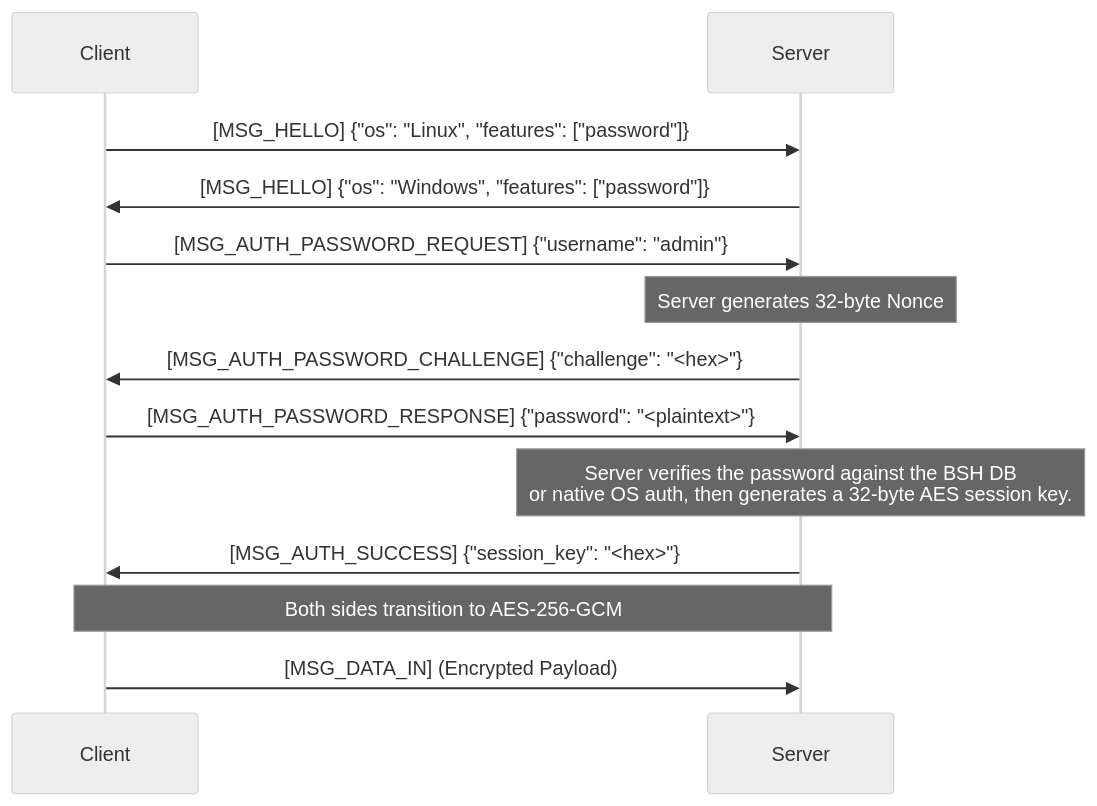
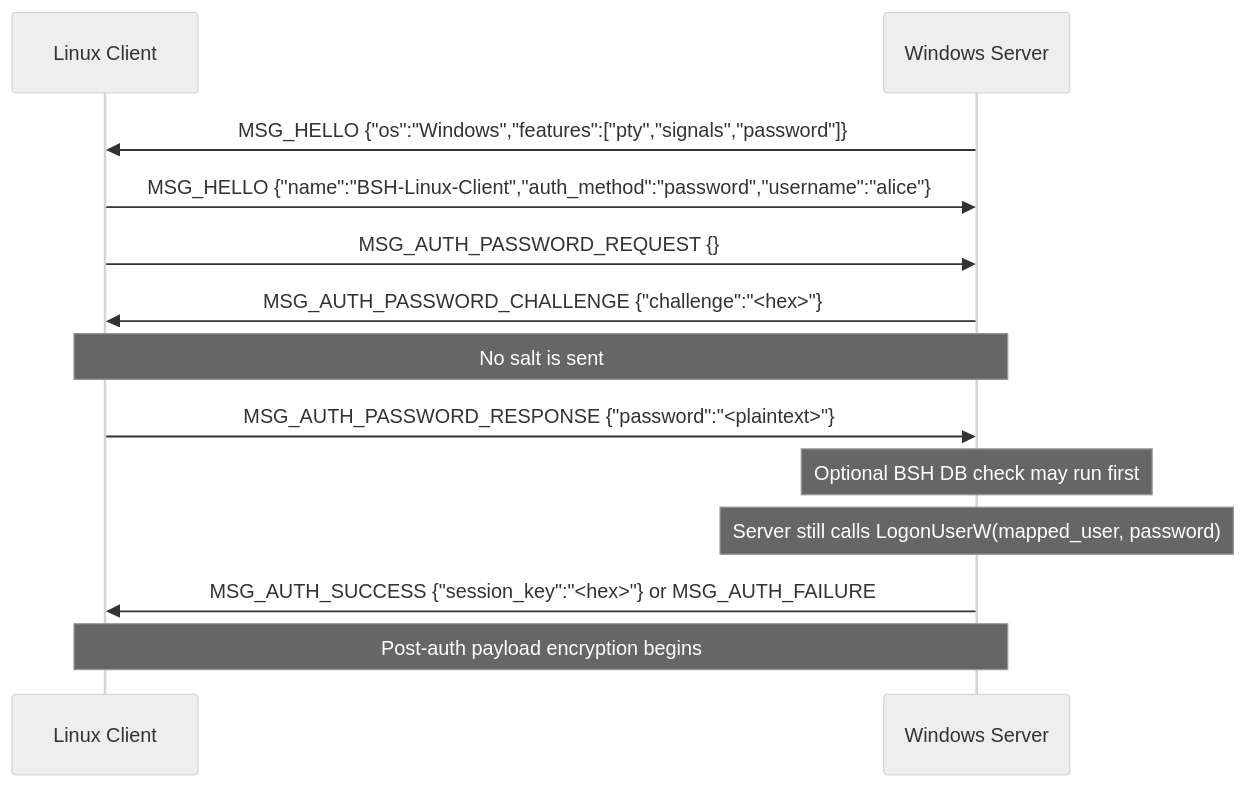
The sixth of 9 diagrams in docs/protocol-security.md (Hacker-SriDhar/OpenBSH), drawn with Mermaid (neutral theme) before and after one commit. The commit also changed other lines of this file and 15 other files, not shown here.

````diff
--- a/docs/protocol-security.md
+++ b/docs/protocol-security.md
@@ -86,21 +237,16 @@
 ```mermaid
 sequenceDiagram
-    participant C as Client
-    participant S as Server
-    
-    C->>S: [MSG_HELLO] {"os": "Linux", "features": ["password"]}
-    S->>C: [MSG_HELLO] {"os": "Windows", "features": ["password"]}
-    
-    C->>S: [MSG_AUTH_PASSWORD_REQUEST] {"username": "admin"}
-    
-    Note over S: Server generates 32-byte Nonce
-    S->>C: [MSG_AUTH_PASSWORD_CHALLENGE] {"challenge": "<hex>"}
-    C->>S: [MSG_AUTH_PASSWORD_RESPONSE] {"password": "<plaintext>"}
-    
-    Note over S: Server verifies the password against the BSH DB<br/>or native OS auth, then generates a 32-byte AES session key.
-    
-    S->>C: [MSG_AUTH_SUCCESS] {"session_key": "<hex>"}
-    
-    Note over C, S: Both sides transition to AES-256-GCM
-    C->>S: [MSG_DATA_IN] (Encrypted Payload)
+    participant LC as Linux Client
+    participant WS as Windows Server
+
+    WS->>LC: MSG_HELLO {"os":"Windows","features":["pty","signals","password"]}
+    LC->>WS: MSG_HELLO {"name":"BSH-Linux-Client","auth_method":"password","username":"alice"}
+    LC->>WS: MSG_AUTH_PASSWORD_REQUEST {}
+    WS->>LC: MSG_AUTH_PASSWORD_CHALLENGE {"challenge":"<hex>"}
+    Note over WS,LC: No salt is sent
+    LC->>WS: MSG_AUTH_PASSWORD_RESPONSE {"password":"<plaintext>"}
+    Note over WS: Optional BSH DB check may run first
+    Note over WS: Server still calls LogonUserW(mapped_user, password)
+    WS->>LC: MSG_AUTH_SUCCESS {"session_key":"<hex>"} or MSG_AUTH_FAILURE
+    Note over LC,WS: Post-auth payload encryption begins
 ```
````
